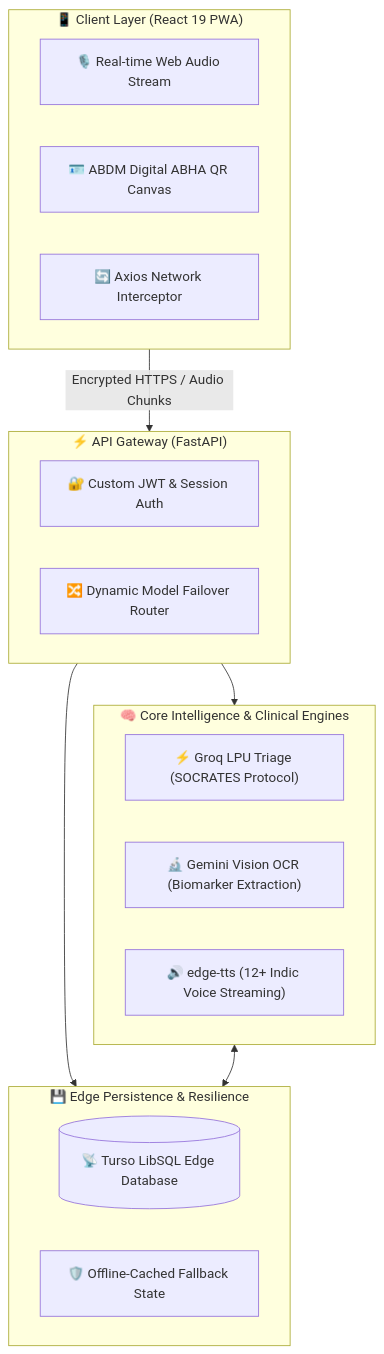
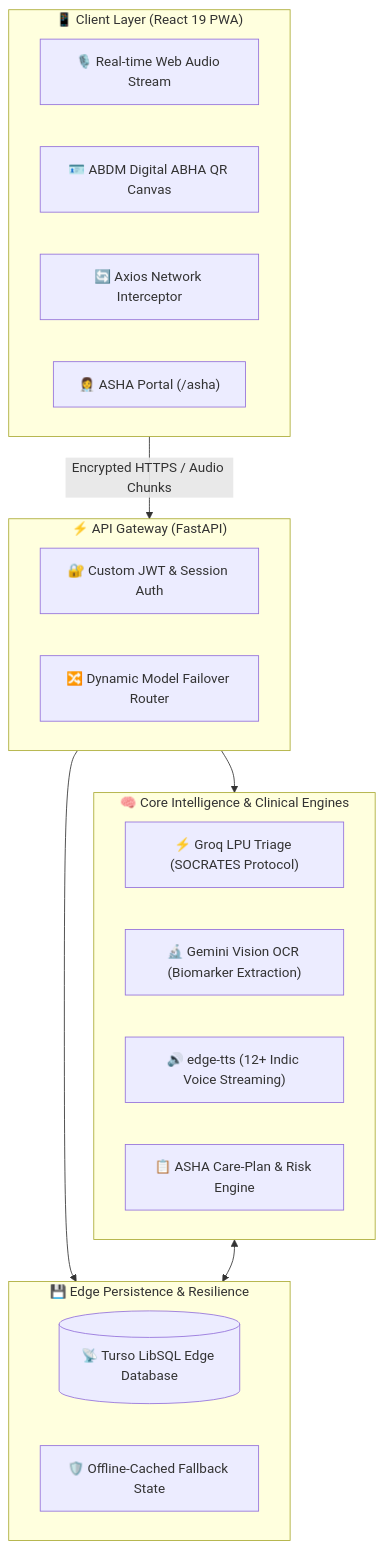
Before and after one commit to Hackathon-ptu/SehatMitra-AI: the first of 3 diagrams in README.md, drawn with Mermaid. The commit also changed other lines of this file and 50 other files, not shown here.

Commit message:
Updated Asha portal

````diff
--- a/README.md
+++ b/README.md
@@ -59,29 +60,31 @@
 ```mermaid
 flowchart TD
     subgraph Client ["📱 Client Layer (React 19 PWA)"]
         A["🎙️ Real-time Web Audio Stream"]
         B["🪪 ABDM Digital ABHA QR Canvas"]
         C["🔄 Axios Network Interceptor"]
+        K["👩‍⚕️ ASHA Portal (/asha)"]
     end
 
     subgraph Gateway ["⚡ API Gateway (FastAPI)"]
         D["🔐 Custom JWT & Session Auth"]
         E["🔀 Dynamic Model Failover Router"]
     end
 
     subgraph Engines ["🧠 Core Intelligence & Clinical Engines"]
         F["⚡ Groq LPU Triage (SOCRATES Protocol)"]
         G["🔬 Gemini Vision OCR (Biomarker Extraction)"]
         H["🔊 edge-tts (12+ Indic Voice Streaming)"]
+        L["📋 ASHA Care-Plan & Risk Engine"]
     end
 
     subgraph Data ["💾 Edge Persistence & Resilience"]
         I[("📡 Turso LibSQL Edge Database")]
         J["🛡️ Offline-Cached Fallback State"]
     end
 
     Client -->|Encrypted HTTPS / Audio Chunks| Gateway
     Gateway --> Engines
     Gateway --> Data
     Engines <--> Data
 ```
````
